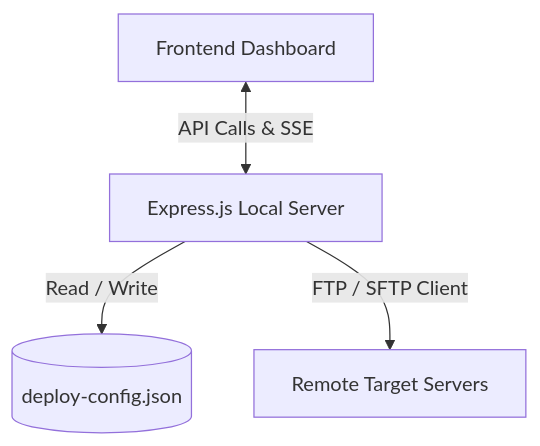
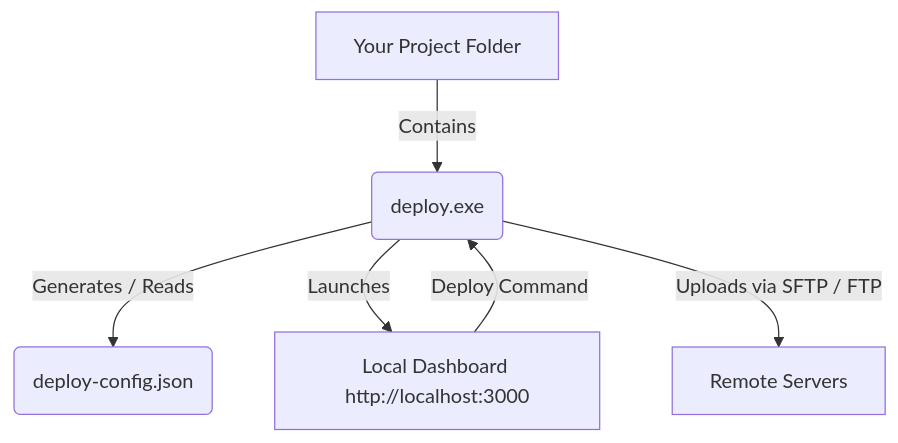
One commit to strifejeyz/ftp-deployment-manager changed the diagram in README.md. Above: the diagram before and after it, drawn with Mermaid. The commit also changed other lines of this file, not shown here.

Commit message:
docs: rename to FTP Deployment Manager and update workflow instructions

````diff
--- a/README.md
+++ b/README.md
@@ -23,6 +17,8 @@
 ```mermaid
 graph TD
-    A[Frontend Dashboard] <-->|API Calls & SSE| B[Express.js Local Server]
-    B -->|Read / Write| C[(deploy-config.json)]
-    B -->|FTP / SFTP Client| D[Remote Target Servers]
+    A[Your Project Folder] -->|Contains| B(deploy.exe)
+    B -->|Generates / Reads| C(deploy-config.json)
+    B -->|Launches| D[Local Dashboard http://localhost:3000]
+    D -->|Deploy Command| B
+    B -->|Uploads via SFTP / FTP| E[Remote Servers]
 ```
````
